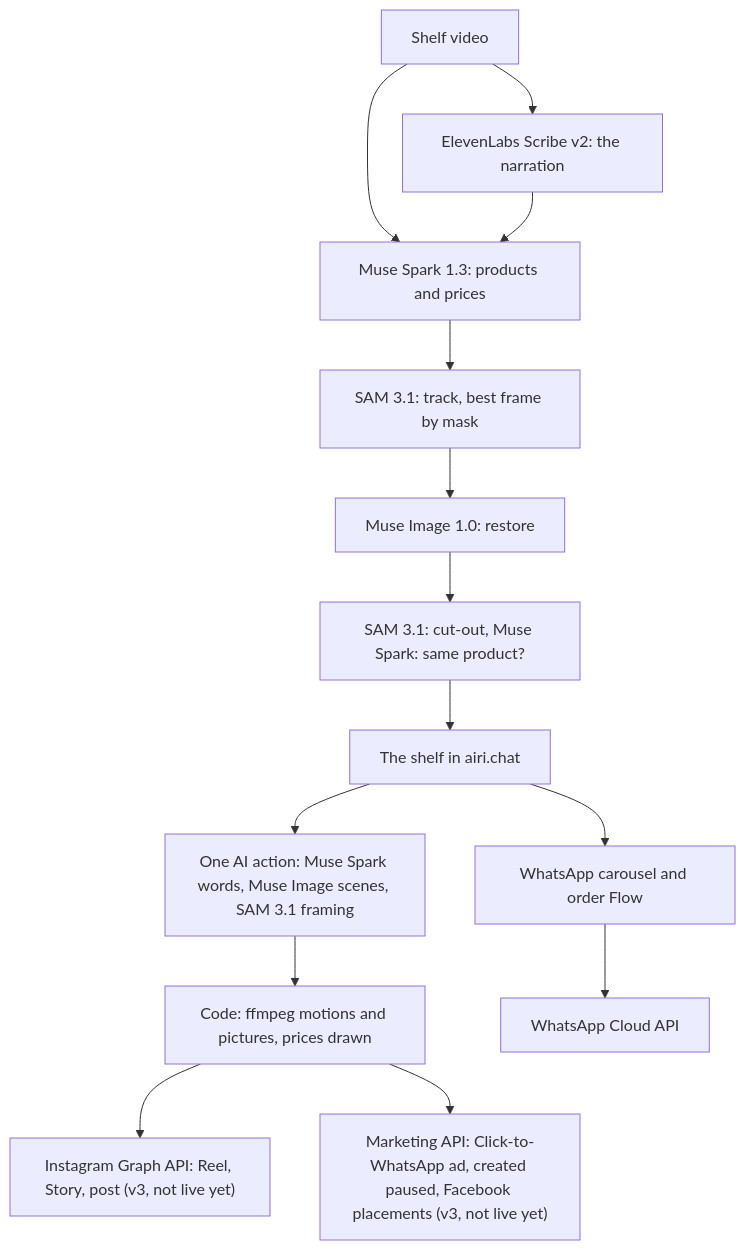
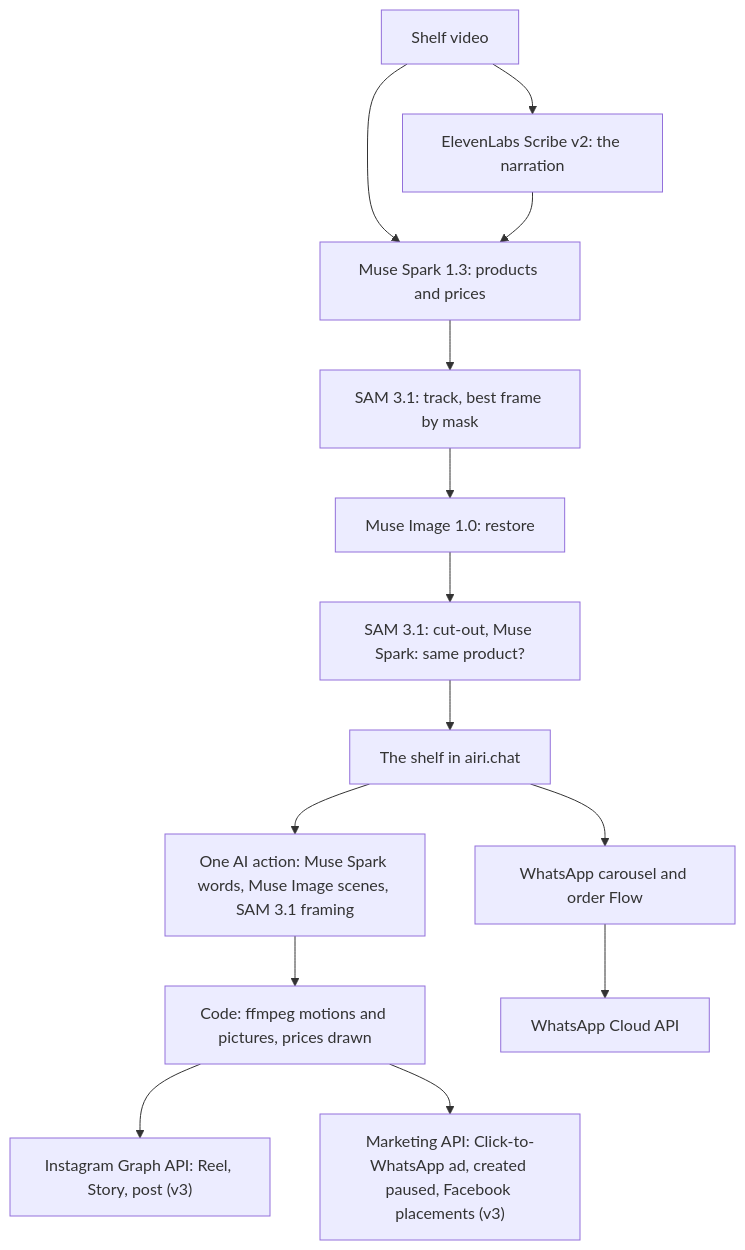
Before and after one commit to Fatdrfrog/meta-ai-hackathon: the diagram in README.md, drawn with Mermaid. The commit also changed other lines of this file and 3 other files, not shown here.

````diff
--- a/README.md
+++ b/README.md
@@ -46,16 +46,16 @@
 ```mermaid
 flowchart TD
   V["Shelf video"] --> S["ElevenLabs Scribe v2: the narration"]
   V --> MS["Muse Spark 1.3: products and prices"]
   S --> MS
   MS --> T["SAM 3.1: track, best frame by mask"]
   T --> MI["Muse Image 1.0: restore"]
   MI --> C["SAM 3.1: cut-out, Muse Spark: same product?"]
   C --> SH["The shelf in airi.chat"]
   SH --> AD["One AI action: Muse Spark words, Muse Image scenes, SAM 3.1 framing"]
   AD --> FF["Code: ffmpeg motions and pictures, prices drawn"]
   SH --> KIT["WhatsApp carousel and order Flow"]
-  FF --> IG["Instagram Graph API: Reel, Story, post (v3, not live yet)"]
-  FF --> CTWA["Marketing API: Click-to-WhatsApp ad, created paused, Facebook placements (v3, not live yet)"]
+  FF --> IG["Instagram Graph API: Reel, Story, post (v3)"]
+  FF --> CTWA["Marketing API: Click-to-WhatsApp ad, created paused, Facebook placements (v3)"]
   KIT --> WA["WhatsApp Cloud API"]
 ```
````
